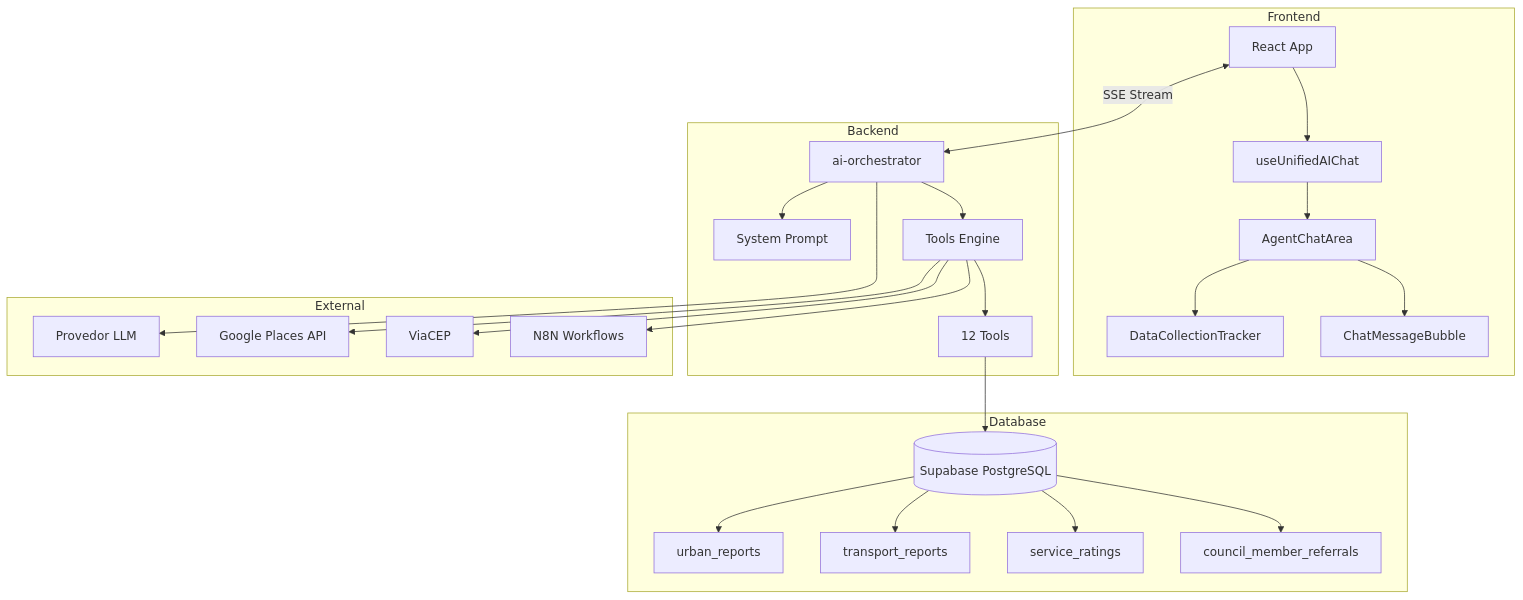
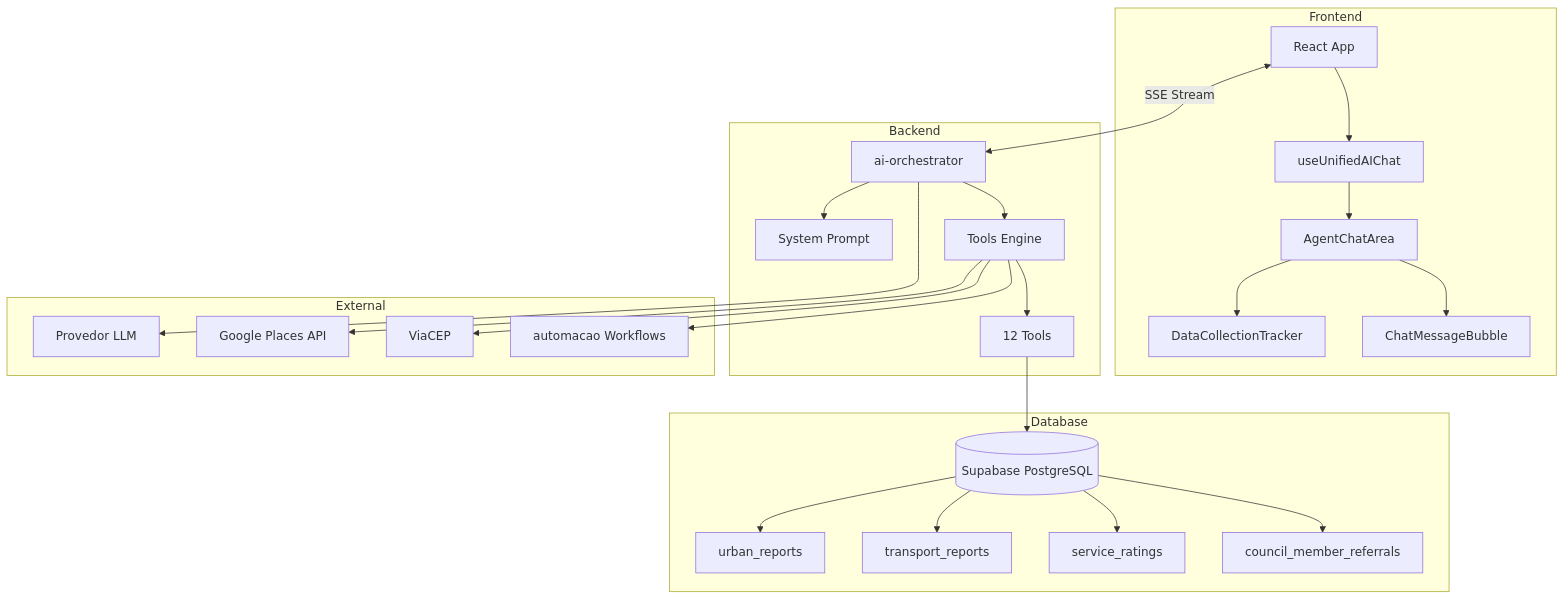
One commit to MTechnologia/camana-na-mao changed diagram 13 of 21 in docs/AI_ORCHESTRATOR_SPECIFICATION.md. Above: the diagram before and after it, drawn with Mermaid. The commit also changed other lines of this file and 77 other files, not shown here.

````diff
--- a/docs/AI_ORCHESTRATOR_SPECIFICATION.md
+++ b/docs/AI_ORCHESTRATOR_SPECIFICATION.md
@@ -3782,41 +3782,41 @@
 ```mermaid
 graph TB
     subgraph Frontend
         A[React App] --> B[useUnifiedAIChat]
         B --> C[AgentChatArea]
         C --> D[DataCollectionTracker]
         C --> E[ChatMessageBubble]
     end
     
     subgraph Backend
         F[ai-orchestrator] --> G[System Prompt]
         F --> H[Tools Engine]
         H --> I[12 Tools]
     end
     
     subgraph External
         J[Provedor LLM]
         K[Google Places API]
         L[ViaCEP]
-        M[N8N Workflows]
+        M[automacao Workflows]
     end
     
     subgraph Database
         N[(Supabase PostgreSQL)]
         O[urban_reports]
         P[transport_reports]
         Q[service_ratings]
         R[council_member_referrals]
     end
     
     A <-->|SSE Stream| F
     F --> J
     H --> K
     H --> L
     H --> M
     I --> N
     N --> O
     N --> P
     N --> Q
     N --> R
 ```
````
